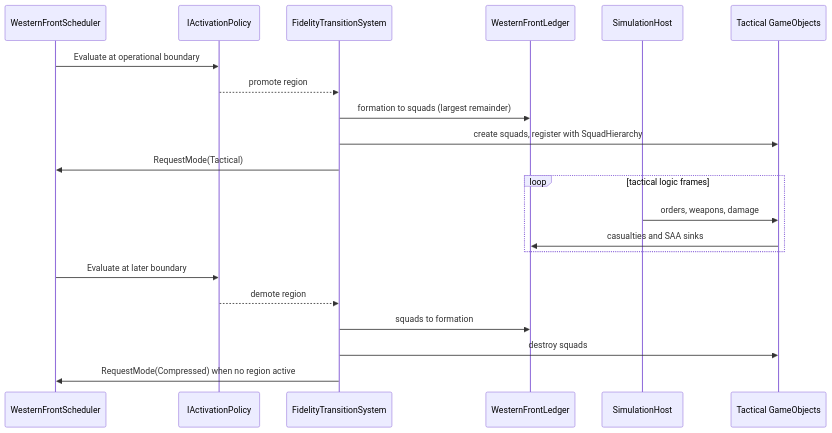
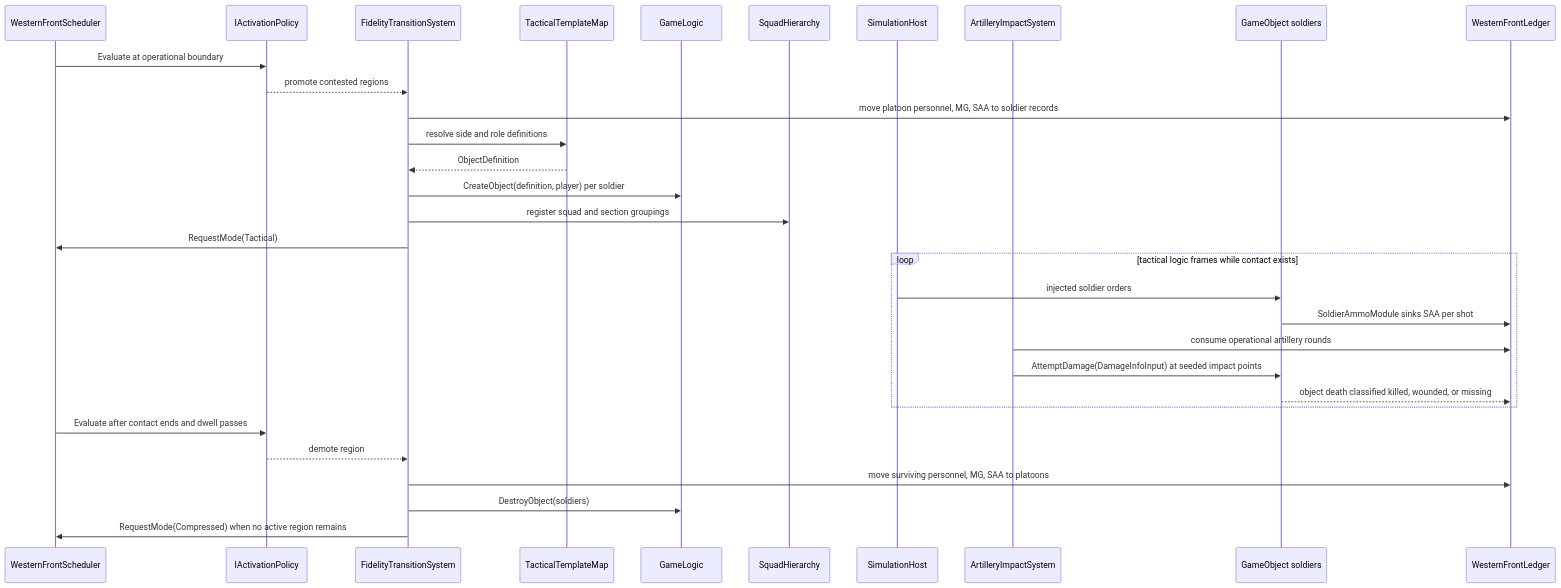
One commit to rmessinger/Panopticon changed the second of 2 diagrams in docs/roadmap/deep-dives/w2-fidelity-promotion.md. Above: the diagram before and after it, drawn with Mermaid. The commit also changed other lines of this file and 148 other files, not shown here.

First line of the commit message:
docs(roadmap): detail-first Western Front revision and cards for W1-W6, B1, B4a, B6, B7, H

````diff
--- a/docs/roadmap/deep-dives/w2-fidelity-promotion.md
+++ b/docs/roadmap/deep-dives/w2-fidelity-promotion.md
@@ -178,24 +280,34 @@
 ```mermaid
 sequenceDiagram
   participant S as WesternFrontScheduler
   participant P as IActivationPolicy
   participant F as FidelityTransitionSystem
+  participant M as TacticalTemplateMap
+  participant GL as GameLogic
+  participant Q as SquadHierarchy
+  participant H as SimulationHost
+  participant A as ArtilleryImpactSystem
+  participant O as GameObject soldiers
   participant G as WesternFrontLedger
-  participant H as SimulationHost
-  participant T as Tactical GameObjects
 
   S->>P: Evaluate at operational boundary
-  P-->>F: promote region
-  F->>G: formation to squads (largest remainder)
-  F->>T: create squads, register with SquadHierarchy
+  P-->>F: promote contested regions
+  F->>G: move platoon personnel, MG, SAA to soldier records
+  F->>M: resolve side and role definitions
+  M-->>F: ObjectDefinition
+  F->>GL: CreateObject(definition, player) per soldier
+  F->>Q: register squad and section groupings
   F->>S: RequestMode(Tactical)
-  loop tactical logic frames
-    H->>T: orders, weapons, damage
-    T->>G: casualties and SAA sinks
+  loop tactical logic frames while contact exists
+    H->>O: injected soldier orders
+    O->>G: SoldierAmmoModule sinks SAA per shot
+    A->>G: consume operational artillery rounds
+    A->>O: AttemptDamage(DamageInfoInput) at seeded impact points
+    O-->>G: object death classified killed, wounded, or missing
   end
-  S->>P: Evaluate at later boundary
+  S->>P: Evaluate after contact ends and dwell passes
   P-->>F: demote region
-  F->>G: squads to formation
-  F->>T: destroy squads
-  F->>S: RequestMode(Compressed) when no region active
+  F->>G: move surviving personnel, MG, SAA to platoons
+  F->>GL: DestroyObject(soldiers)
+  F->>S: RequestMode(Compressed) when no active region remains
 ```
````
